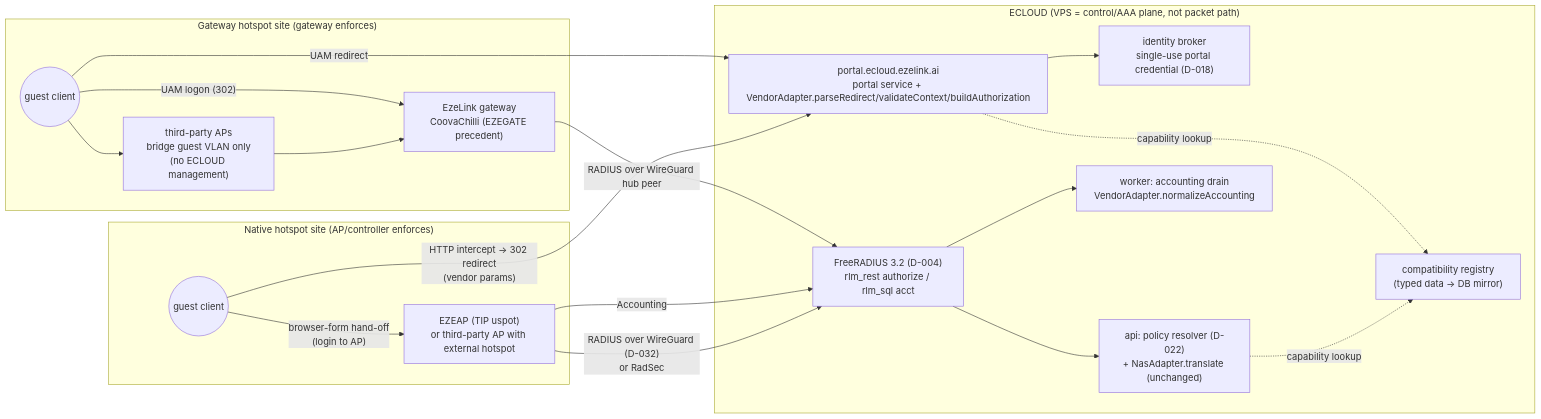
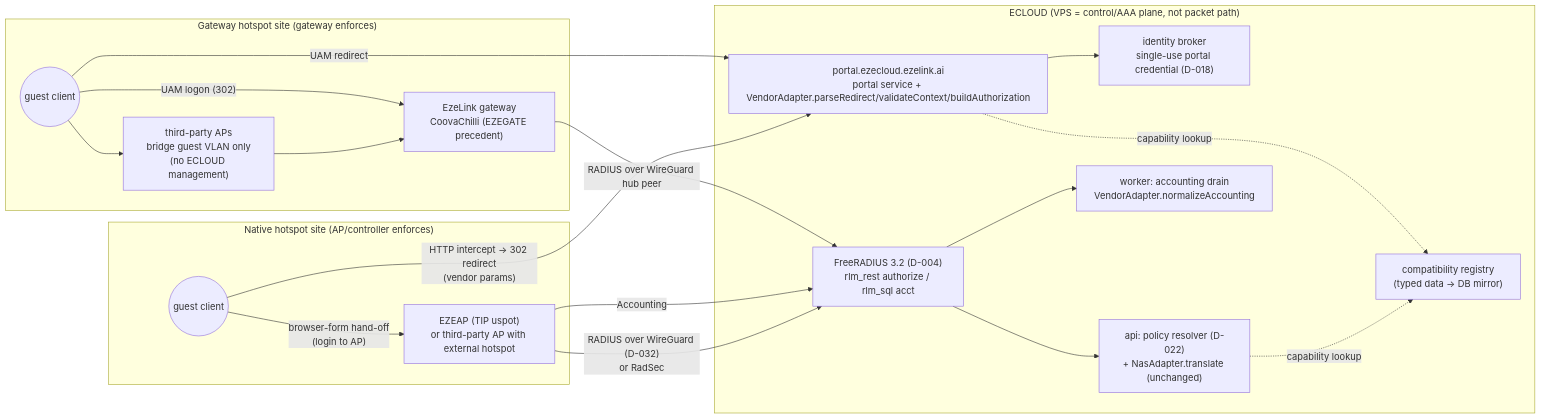
One commit to dannymagat/ecloud changed the first of 2 diagrams in MULTI_VENDOR_INTEGRATION_PLAN.md. Above: the diagram before and after it, drawn with Mermaid. The commit also changed other lines of this file and 109 other files, not shown here.

````diff
--- a/MULTI_VENDOR_INTEGRATION_PLAN.md
+++ b/MULTI_VENDOR_INTEGRATION_PLAN.md
@@ -189,32 +189,32 @@
 ```mermaid
 flowchart LR
   subgraph Cloud["ECLOUD (VPS = control/AAA plane, not packet path)"]
-    PORTAL["portal.ecloud.ezelink.ai\nportal service + VendorAdapter.parseRedirect/validateContext/buildAuthorization"]
+    PORTAL["portal.ezecloud.ezelink.ai\nportal service + VendorAdapter.parseRedirect/validateContext/buildAuthorization"]
     BROKER["identity broker\nsingle-use portal credential (D-018)"]
     API["api: policy resolver (D-022)\n+ NasAdapter.translate (unchanged)"]
     FR["FreeRADIUS 3.2 (D-004)\nrlm_rest authorize / rlm_sql acct"]
     WRK["worker: accounting drain\nVendorAdapter.normalizeAccounting"]
     REG["compatibility registry\n(typed data → DB mirror)"]
   end
   subgraph Native["Native hotspot site (AP/controller enforces)"]
     AP1["EZEAP (TIP uspot)\nor third-party AP with external hotspot"]
     C1(("guest client"))
   end
   subgraph Gateway["Gateway hotspot site (gateway enforces)"]
     TAP["third-party APs\nbridge guest VLAN only\n(no ECLOUD management)"]
     GW["EzeLink gateway\nCoovaChilli (EZEGATE precedent)"]
     C2(("guest client"))
   end
   C1 -- "HTTP intercept → 302 redirect\n(vendor params)" --> PORTAL
   PORTAL --> BROKER
   C1 -- "browser-form hand-off\n(login to AP)" --> AP1
   AP1 -- "RADIUS over WireGuard (D-032)\nor RadSec" --> FR
   FR --> API
   AP1 -- "Accounting" --> FR --> WRK
   C2 --> TAP --> GW
   C2 -- "UAM redirect" --> PORTAL
   C2 -- "UAM logon (302)" --> GW
   GW -- "RADIUS over WireGuard hub peer" --> FR
   API -. capability lookup .-> REG
   PORTAL -. capability lookup .-> REG
 ```
````
